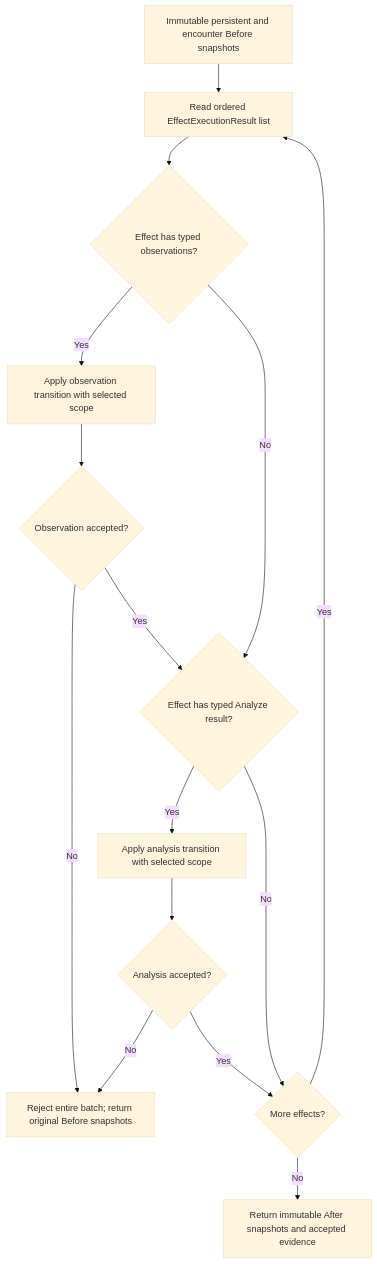
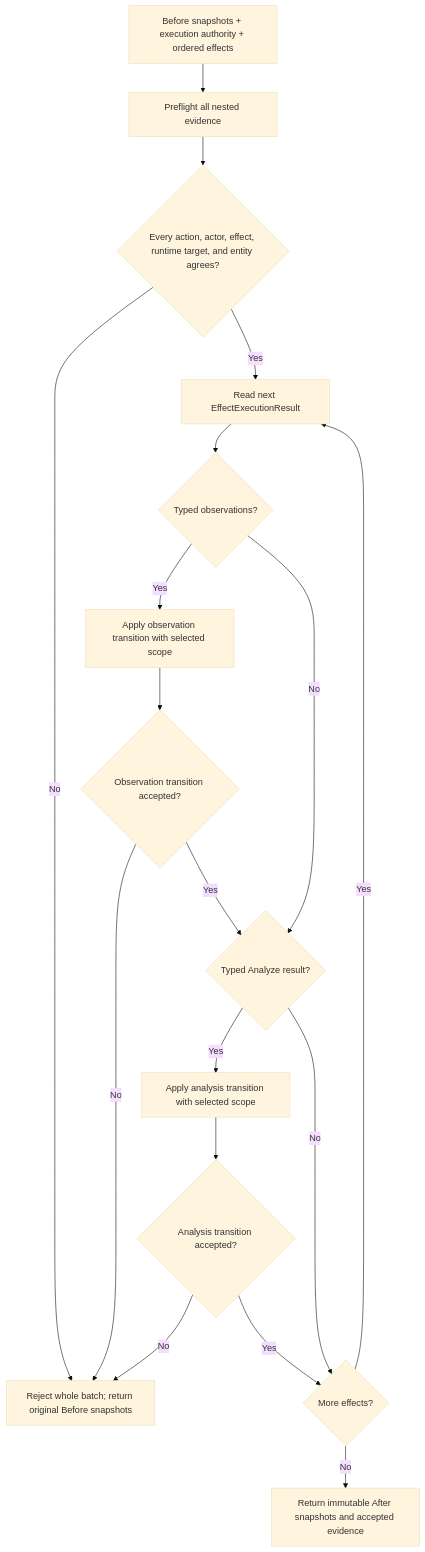
The diagram in docs/technical/battle-knowledge-runtime.md (KayelC/Convergence), drawn with Mermaid (base theme) before and after one commit. The commit also changed other lines of this file and 9 other files, not shown here.

````diff
--- a/docs/technical/battle-knowledge-runtime.md
+++ b/docs/technical/battle-knowledge-runtime.md
@@ -35,17 +36,20 @@
 ```mermaid
 flowchart TD
-    A["Immutable persistent and encounter Before snapshots"] --> B["Read ordered EffectExecutionResult list"]
-    B --> C{"Effect has typed observations?"}
-    C -->|"Yes"| D["Apply observation transition with selected scope"]
-    C -->|"No"| E{"Effect has typed Analyze result?"}
-    D --> F{"Observation accepted?"}
-    F -->|"No"| R["Reject entire batch; return original Before snapshots"]
-    F -->|"Yes"| E
-    E -->|"Yes"| G["Apply analysis transition with selected scope"]
-    E -->|"No"| H{"More effects?"}
-    G --> I{"Analysis accepted?"}
-    I -->|"No"| R
-    I -->|"Yes"| H
-    H -->|"Yes"| B
-    H -->|"No"| J["Return immutable After snapshots and accepted evidence"]
+    A["Before snapshots + execution authority + ordered effects"] --> B["Preflight all nested evidence"]
+    B --> C{"Every action, actor, effect, runtime target, and entity agrees?"}
+    C -->|"No"| R["Reject whole batch; return original Before snapshots"]
+    C -->|"Yes"| D["Read next EffectExecutionResult"]
+    D --> E{"Typed observations?"}
+    E -->|"Yes"| F["Apply observation transition with selected scope"]
+    E -->|"No"| G{"Typed Analyze result?"}
+    F --> H{"Observation transition accepted?"}
+    H -->|"No"| R
+    H -->|"Yes"| G
+    G -->|"Yes"| I["Apply analysis transition with selected scope"]
+    G -->|"No"| J{"More effects?"}
+    I --> K{"Analysis transition accepted?"}
+    K -->|"No"| R
+    K -->|"Yes"| J
+    J -->|"Yes"| D
+    J -->|"No"| L["Return immutable After snapshots and accepted evidence"]
 ```
````
